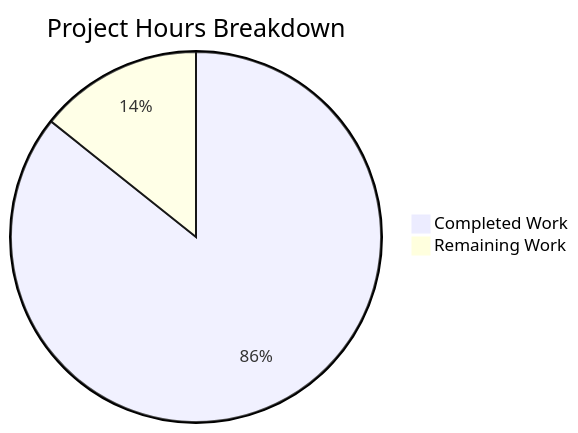
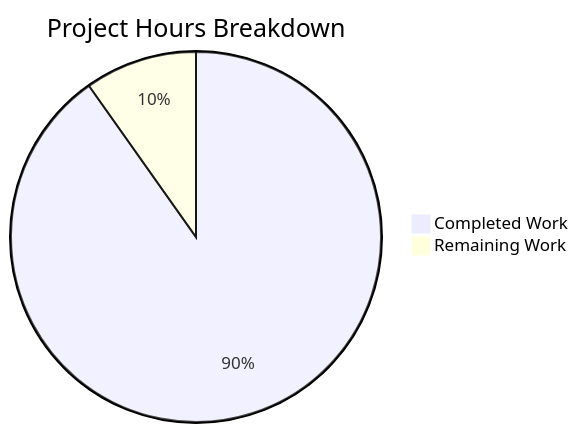
The first of 2 diagrams in blitzy/documentation/Project Guide.md (lakshya-blitzy/Dec_repo_with_valid_mul_files), drawn with Mermaid before and after one commit. The commit also changed other lines of this file, not shown here.

Commit message:
Adding Blitzy Project Guide: Project Status and Human Tasks Remaining

````diff
--- a/blitzy/documentation/Project Guide.md
+++ b/blitzy/documentation/Project Guide.md
@@ -36,5 +26,5 @@
 ```mermaid
 pie title Project Hours Breakdown
-    "Completed Work" : 102
-    "Remaining Work" : 17
+    "Completed Work" : 92
+    "Remaining Work" : 10
 ```
````
